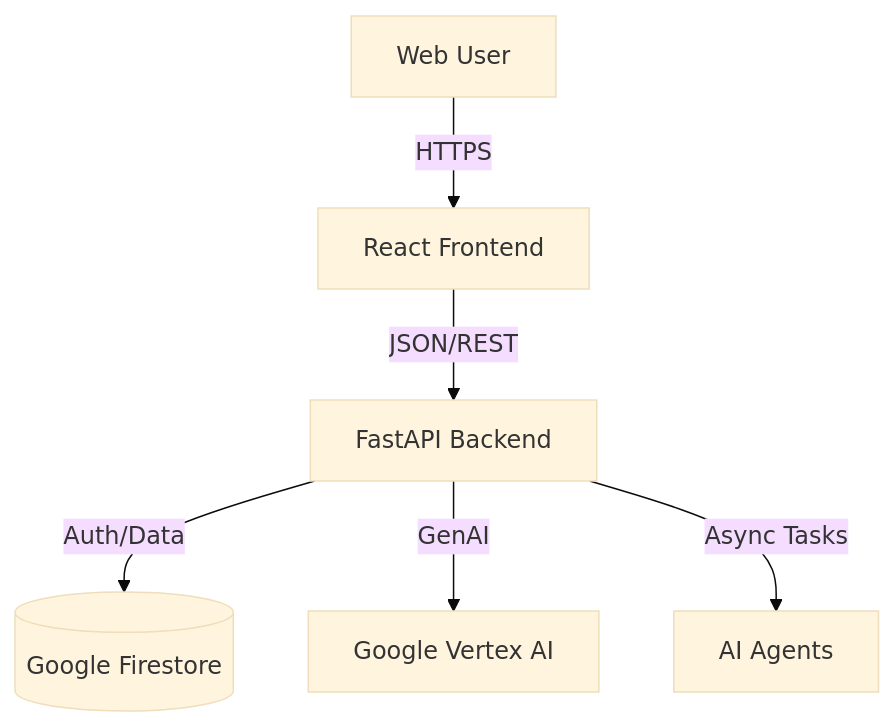
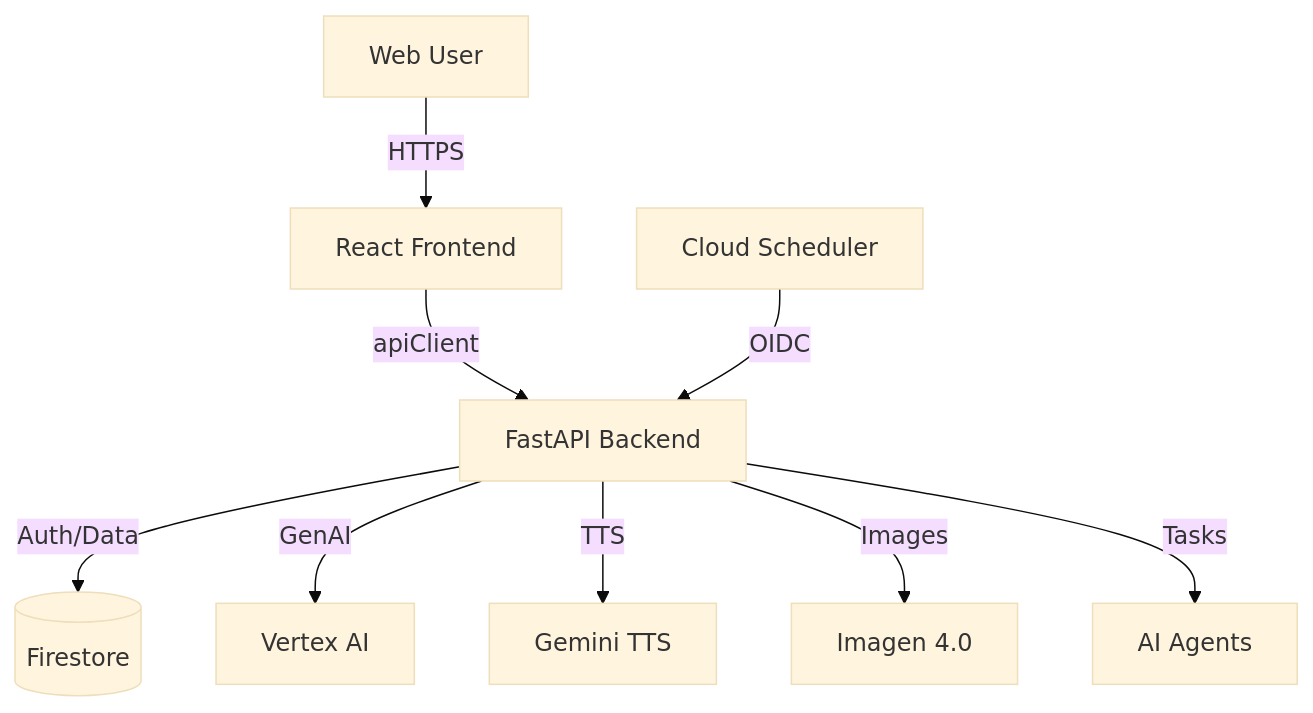
The diagram in README.md (Manus01/ALI), drawn with Mermaid (base theme) before and after one commit. The commit also changed other lines of this file and 4 other files, not shown here.

````diff
--- a/README.md
+++ b/README.md
@@ -46,8 +63,11 @@
 ```mermaid
 graph TD
     User[Web User] -->|HTTPS| Frontend[React Frontend]
-    Frontend -->|JSON/REST| Backend[FastAPI Backend]
-    Backend -->|Auth/Data| Firestore[(Google Firestore)]
-    Backend -->|GenAI| VertexAI[Google Vertex AI]
-    Backend -->|Async Tasks| Agents[AI Agents]
+    Frontend -->|apiClient| Backend[FastAPI Backend]
+    Backend -->|Auth/Data| Firestore[(Firestore)]
+    Backend -->|GenAI| VertexAI[Vertex AI]
+    Backend -->|TTS| Gemini[Gemini TTS]
+    Backend -->|Images| Imagen[Imagen 4.0]
+    Backend -->|Tasks| Agents[AI Agents]
+    Scheduler[Cloud Scheduler] -->|OIDC| Backend
 ```
````
